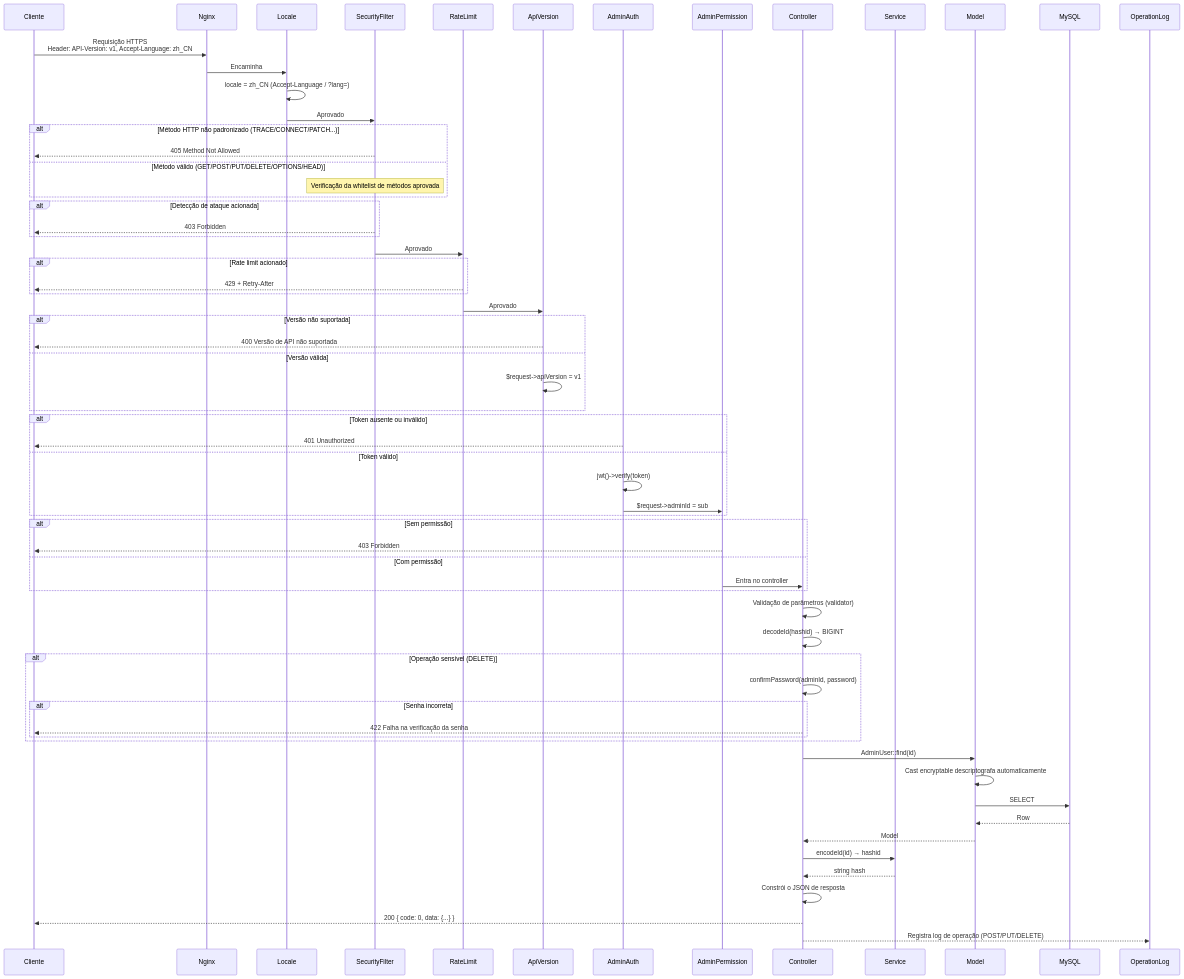
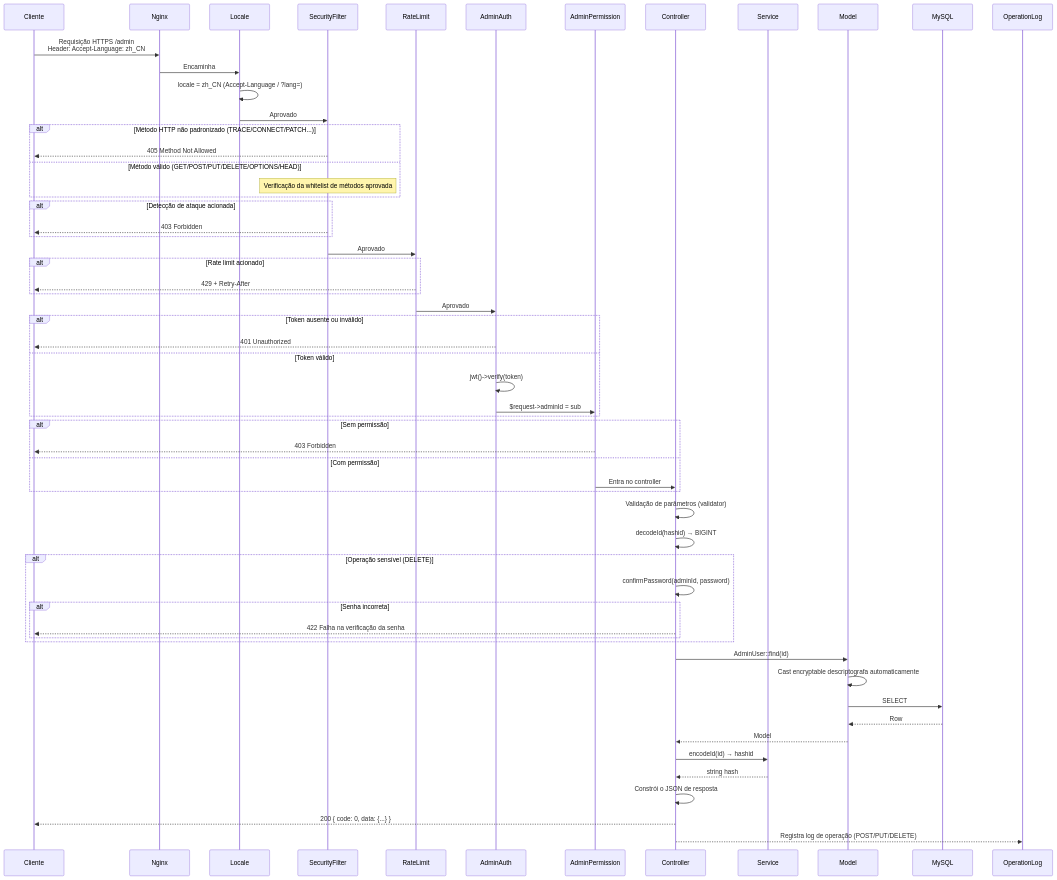
The third of 14 diagrams in docs/ARCHITECTURE.pt.md (erikwang2013/open-admin), drawn with Mermaid before and after one commit. The commit also changed other lines of this file and 115 other files, not shown here.

First line of the commit message:
功能：新增项目宠物「小安」、站点首页与手写 SVG 设计图集；全部文档对齐代码

````diff
--- a/docs/ARCHITECTURE.pt.md
+++ b/docs/ARCHITECTURE.pt.md
@@ -147,82 +145,75 @@
 ```mermaid
 sequenceDiagram
     participant C as Cliente
     participant N as Nginx
     participant MW_LOC as Locale
     participant MW_SF as SecurityFilter
     participant MW_RL as RateLimit
-    participant MW0 as ApiVersion
     participant MW1 as AdminAuth
     participant MW2 as AdminPermission
     participant CTL as Controller
     participant SVC as Service
     participant MDL as Model
     participant DB as MySQL
     participant OPLOG as OperationLog
 
-    C->>N: Requisição HTTPS<br/>Header: API-Version: v1, Accept-Language: zh_CN
+    C->>N: Requisição HTTPS /admin<br/>Header: Accept-Language: zh_CN
     N->>MW_LOC: Encaminha
 
     MW_LOC->>MW_LOC: locale = zh_CN (Accept-Language / ?lang=)
     MW_LOC->>MW_SF: Aprovado
 
     alt Método HTTP não padronizado (TRACE/CONNECT/PATCH...)
         MW_SF-->>C: 405 Method Not Allowed
     else Método válido (GET/POST/PUT/DELETE/OPTIONS/HEAD)
         Note over MW_SF: Verificação da whitelist de métodos aprovada
     end
 
     alt Detecção de ataque acionada
         MW_SF-->>C: 403 Forbidden
     end
 
     MW_SF->>MW_RL: Aprovado
 
     alt Rate limit acionado
         MW_RL-->>C: 429 + Retry-After
     end
 
-    MW_RL->>MW0: Aprovado
-
-    alt Versão não suportada
-        MW0-->>C: 400 Versão de API não suportada
-    else Versão válida
-        MW0->>MW0: $request->apiVersion = v1
-    end
+    MW_RL->>MW1: Aprovado
 
     alt Token ausente ou inválido
         MW1-->>C: 401 Unauthorized
     else Token válido
         MW1->>MW1: jwt()->verify(token)
         MW1->>MW2: $request->adminId = sub
     end
 
     alt Sem permissão
         MW2-->>C: 403 Forbidden
     else Com permissão
         MW2->>CTL: Entra no controller
     end
 
     CTL->>CTL: Validação de parâmetros (validator)
     CTL->>CTL: decodeId(hashid) → BIGINT
 
     alt Operação sensível (DELETE)
         CTL->>CTL: confirmPassword(adminId, password)
         alt Senha incorreta
             CTL-->>C: 422 Falha na verificação da senha
         end
     end
 
     CTL->>MDL: AdminUser::find(id)
     MDL->>MDL: Cast encryptable descriptografa automaticamente
     MDL->>DB: SELECT
     DB-->>MDL: Row
     MDL-->>CTL: Model
 
     CTL->>SVC: encodeId(id) → hashid
     SVC-->>CTL: string hash
 
     CTL->>CTL: Constrói o JSON de resposta
     CTL-->>C: 200 { code: 0, data: {...} }
     CTL-->>OPLOG: Registra log de operação (POST/PUT/DELETE)
 ```
````
